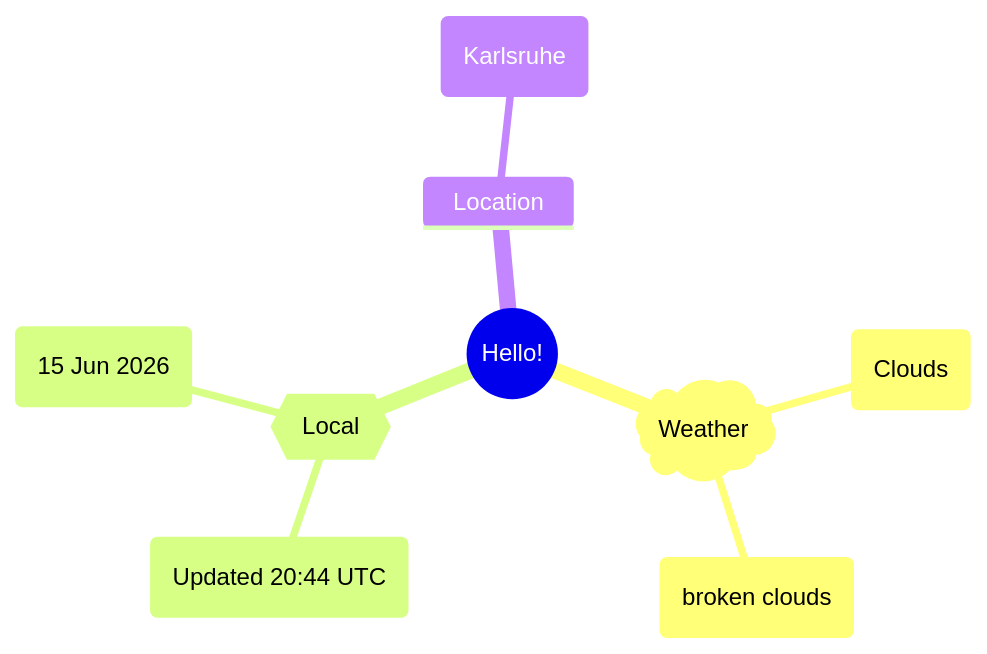
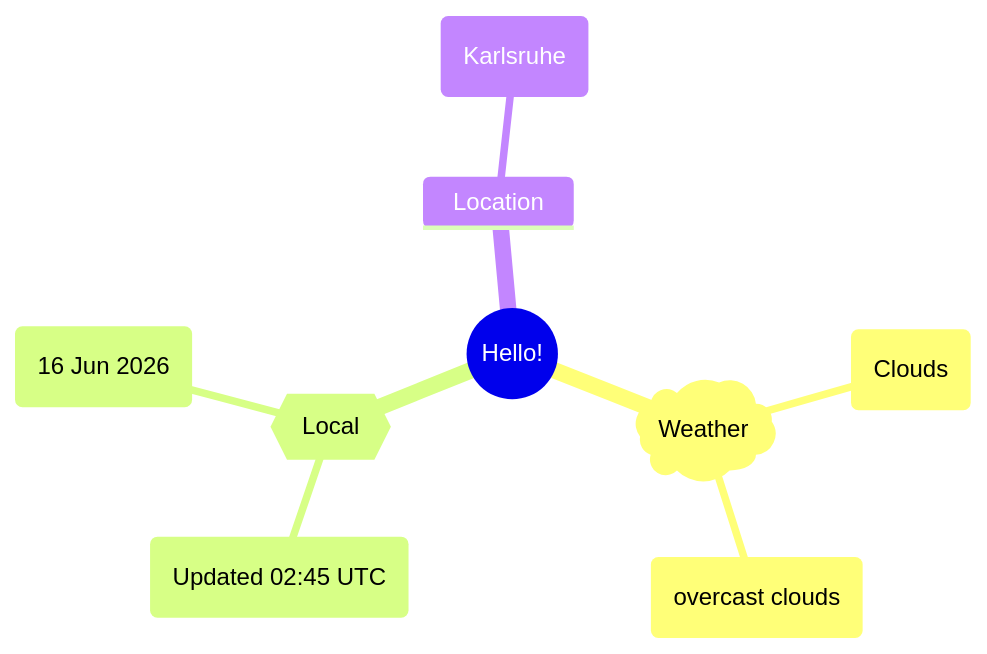
One commit to Xosrov/Xosrov changed the first of 2 diagrams in README.md. Above: the diagram before and after it, drawn with Mermaid.

Commit message:
[bot] updated images

````diff
--- a/README.md
+++ b/README.md
@@ -3,12 +3,12 @@
 ```mermaid
 mindmap
   root((Hello!))
     )Weather(
         (Clouds)
-        (broken clouds)
+        (overcast clouds)
     {{Local}}
-        (Updated 20:44 UTC)
-        (15 Jun 2026)
+        (Updated 02:45 UTC)
+        (16 Jun 2026)
     Location
         (Karlsruhe)
 ```
````
